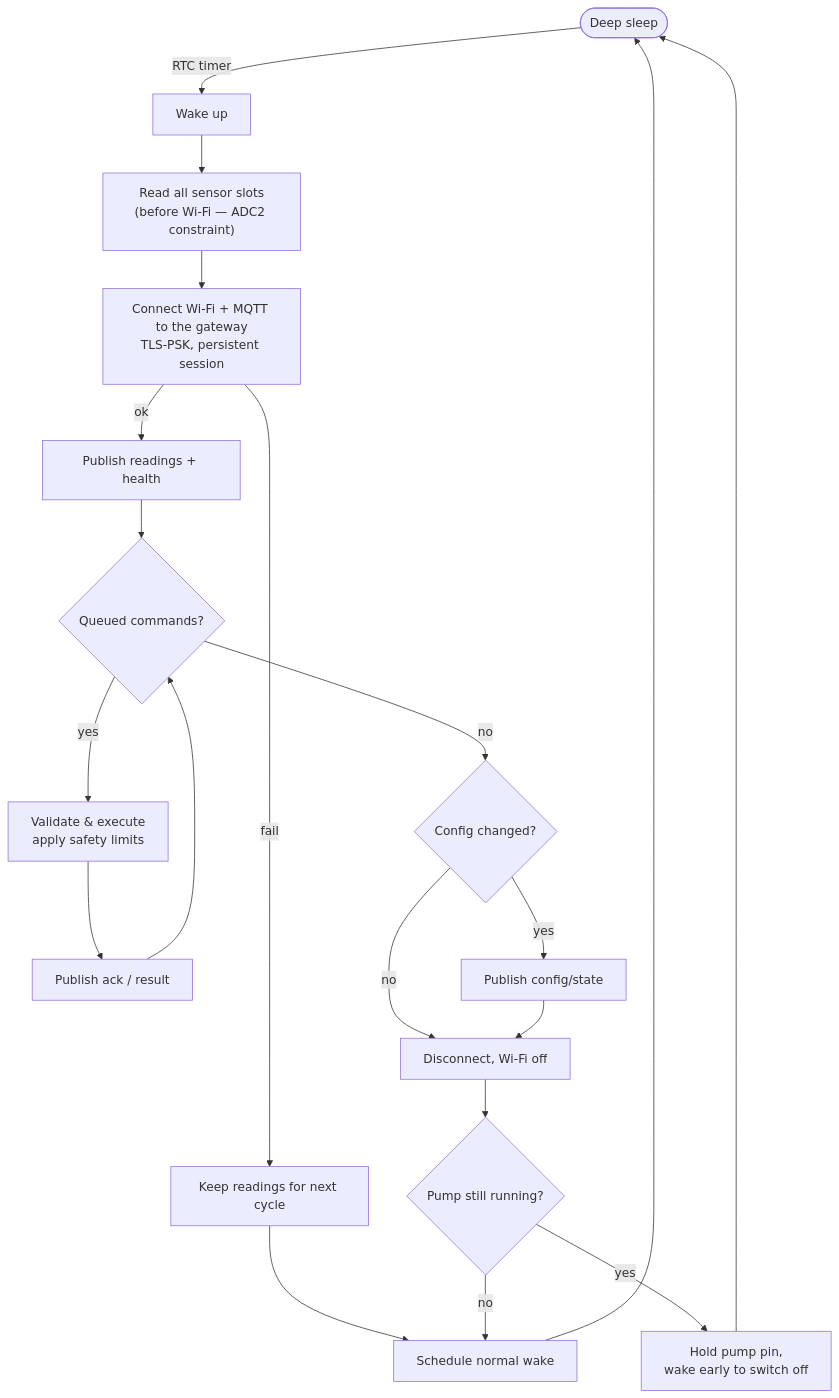
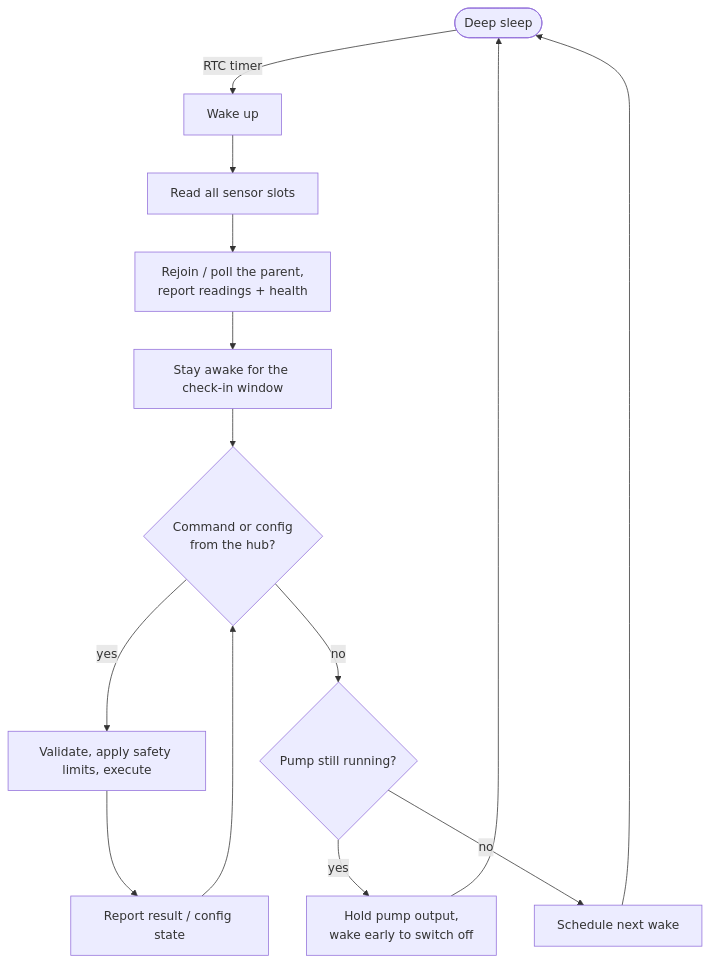
The fourth of 8 diagrams in PROJECT.md (Hansom17/MoistureController), drawn with Mermaid before and after one commit. The commit also changed other lines of this file and 504 other files, not shown here.

First line of the commit message:
Restructure into PlantModule/Gateway/Server/App and rewrite specs for the Zigbee hub design

````diff
--- a/PROJECT.md
+++ b/PROJECT.md
@@ -364,22 +226,16 @@
 ```mermaid
 flowchart TD
     A([Deep sleep]) -->|RTC timer| B[Wake up]
-    B --> C["Read all sensor slots<br/>(before Wi-Fi — ADC2 constraint)"]
-    C --> D[Connect Wi-Fi + MQTT to the gateway<br/>TLS-PSK, persistent session]
-    D -->|fail| R[Keep readings for next cycle]
-    R --> Z
-    D -->|ok| E[Publish readings + health]
-    E --> F{Queued commands?}
-    F -->|yes| G[Validate & execute<br/>apply safety limits]
-    G --> H[Publish ack / result]
+    B --> C[Read all sensor slots]
+    C --> D[Rejoin / poll the parent,<br/>report readings + health]
+    D --> E[Stay awake for the check-in window]
+    E --> F{Command or config<br/>from the hub?}
+    F -->|yes| G[Validate, apply safety limits, execute]
+    G --> H[Report result / config state]
     H --> F
-    F -->|no| I{Config changed?}
-    I -->|yes| J[Publish config/state]
-    I -->|no| K
-    J --> K[Disconnect, Wi-Fi off]
-    K --> L{Pump still running?}
-    L -->|yes| M[Hold pump pin,<br/>wake early to switch off]
-    L -->|no| Z[Schedule normal wake]
-    M --> A
-    Z --> A
+    F -->|no| I{Pump still running?}
+    I -->|yes| J[Hold pump output,<br/>wake early to switch off]
+    I -->|no| K[Schedule next wake]
+    J --> A
+    K --> A
 ```
````
